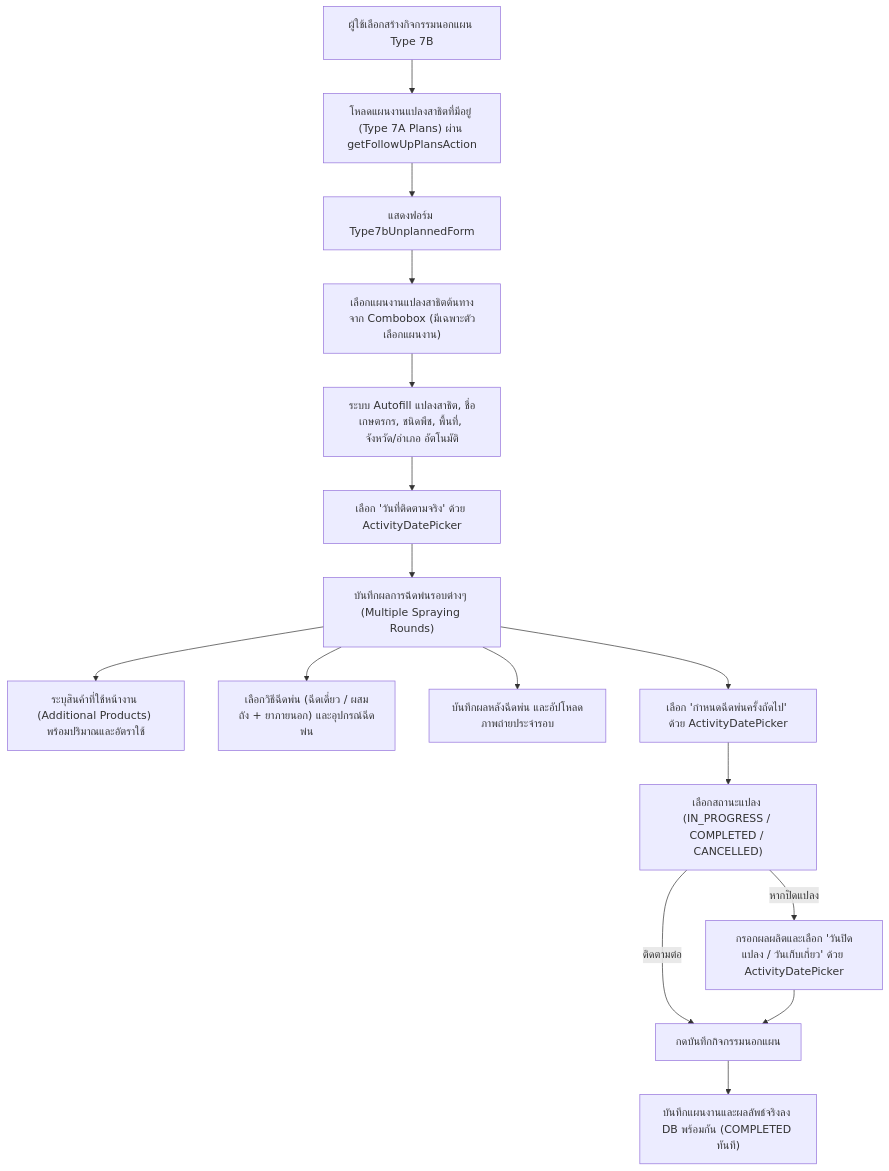
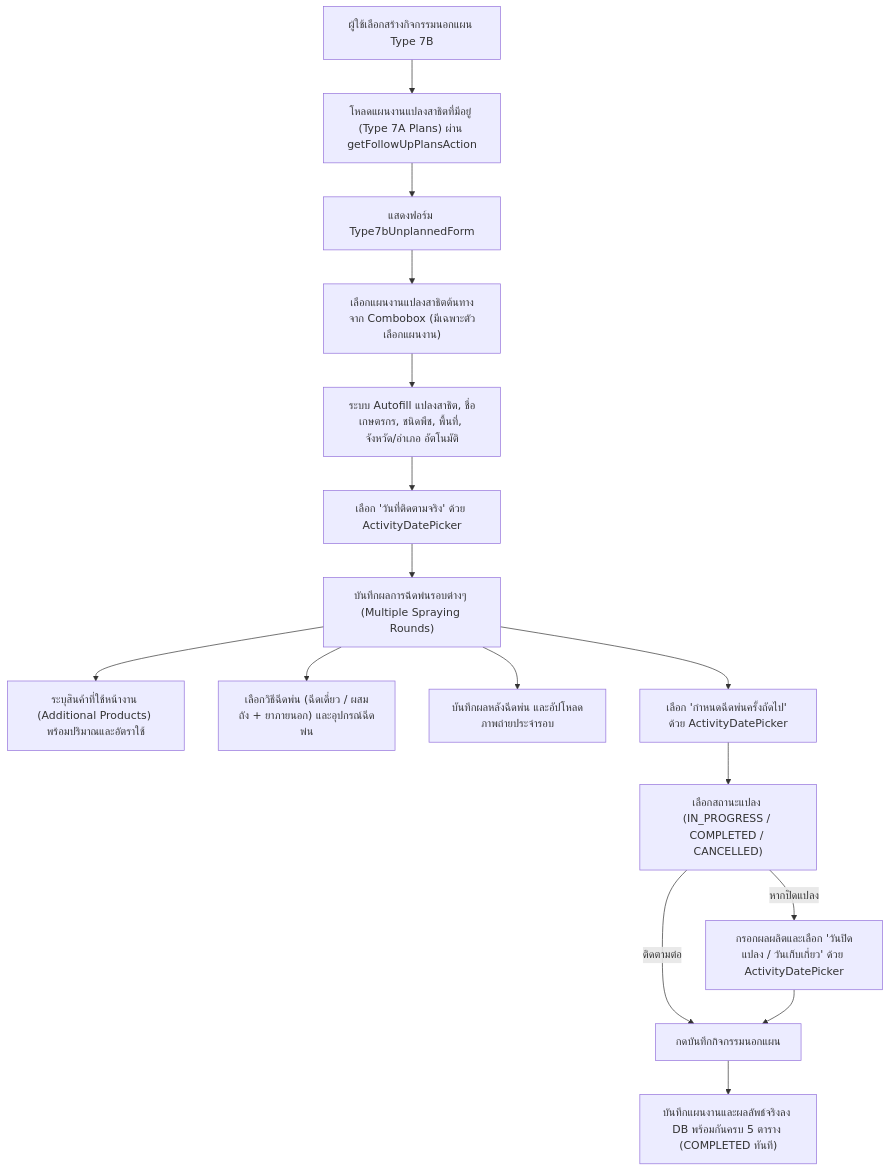
One commit to bankhk10/crm-bank changed the third of 4 diagrams in modules/activity/features/type-7b/README.md. Above: the diagram before and after it, drawn with Mermaid. The commit also changed other lines of this file, not shown here.

````diff
--- a/modules/activity/features/type-7b/README.md
+++ b/modules/activity/features/type-7b/README.md
@@ -112,18 +113,18 @@
 ```mermaid
 graph TD
     A["ผู้ใช้เลือกสร้างกิจกรรมนอกแผน Type 7B"] --> B["โหลดแผนงานแปลงสาธิตที่มีอยู่ (Type 7A Plans) ผ่าน getFollowUpPlansAction"]
     B --> C["แสดงฟอร์ม Type7bUnplannedForm"]
     C --> D["เลือกแผนงานแปลงสาธิตต้นทางจาก Combobox (มีเฉพาะตัวเลือกแผนงาน)"]
     D --> E["ระบบ Autofill แปลงสาธิต, ชื่อเกษตรกร, ชนิดพืช, พื้นที่, จังหวัด/อำเภอ อัตโนมัติ"]
     E --> F["เลือก 'วันที่ติดตามจริง' ด้วย ActivityDatePicker"]
     F --> G["บันทึกผลการฉีดพ่นรอบต่างๆ (Multiple Spraying Rounds)"]
     G --> G1["ระบุสินค้าที่ใช้หน้างาน (Additional Products) พร้อมปริมาณและอัตราใช้"]
     G --> G2["เลือกวิธีฉีดพ่น (ฉีดเดี่ยว / ผสมถัง + ยาภายนอก) และอุปกรณ์ฉีดพ่น"]
     G --> G3["บันทึกผลหลังฉีดพ่น และอัปโหลดภาพถ่ายประจำรอบ"]
     G --> H["เลือก 'กำหนดฉีดพ่นครั้งถัดไป' ด้วย ActivityDatePicker"]
     H --> I["เลือกสถานะแปลง (IN_PROGRESS / COMPLETED / CANCELLED)"]
     I -->|"หากปิดแปลง"| J["กรอกผลผลิตและเลือก 'วันปิดแปลง / วันเก็บเกี่ยว' ด้วย ActivityDatePicker"]
     I -->|"ติดตามต่อ"| K["กดบันทึกกิจกรรมนอกแผน"]
     J --> K
-    K --> L["บันทึกแผนงานและผลลัพธ์จริงลง DB พร้อมกัน (COMPLETED ทันที)"]
+    K --> L["บันทึกแผนงานและผลลัพธ์จริงลง DB พร้อมกันครบ 5 ตาราง (COMPLETED ทันที)"]
 ```
````
